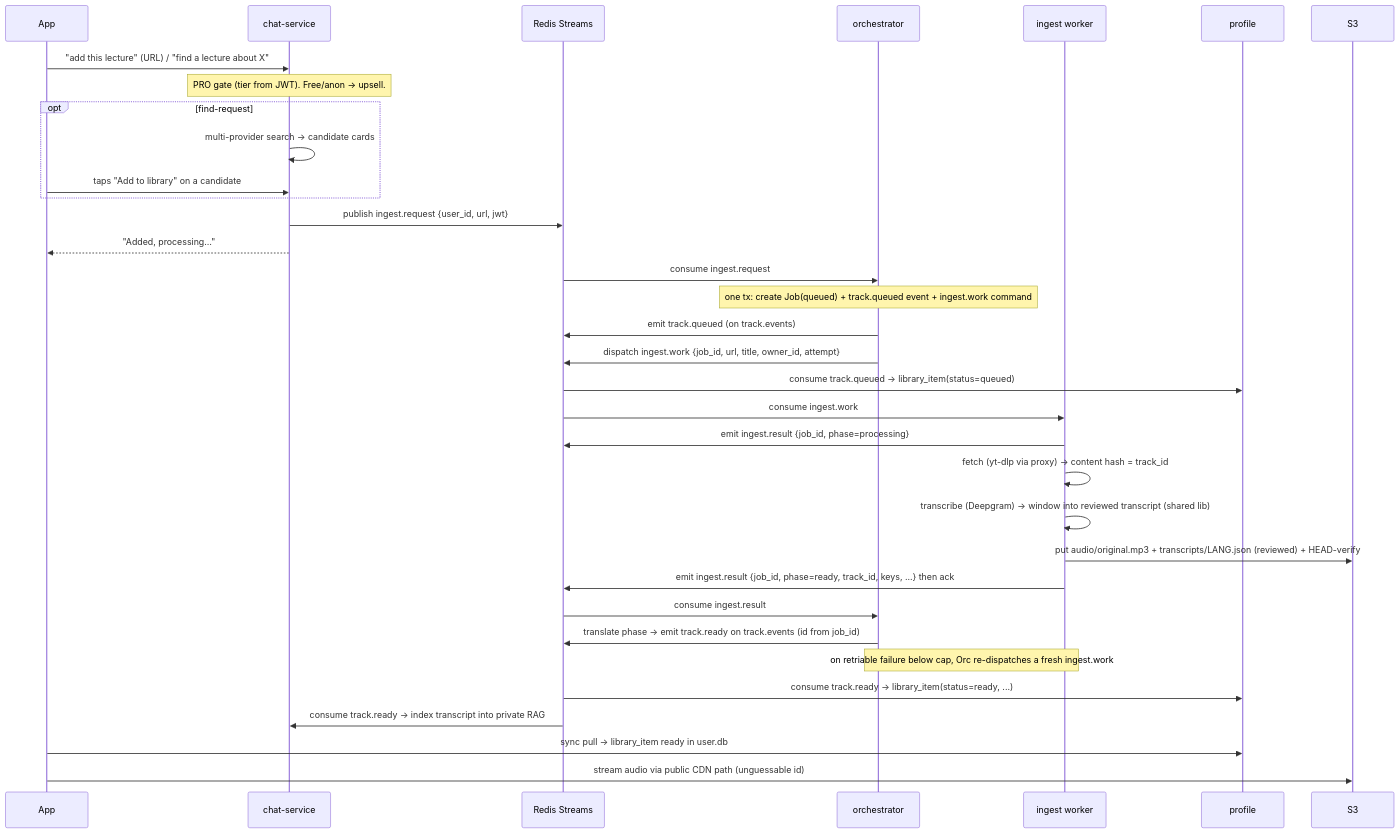
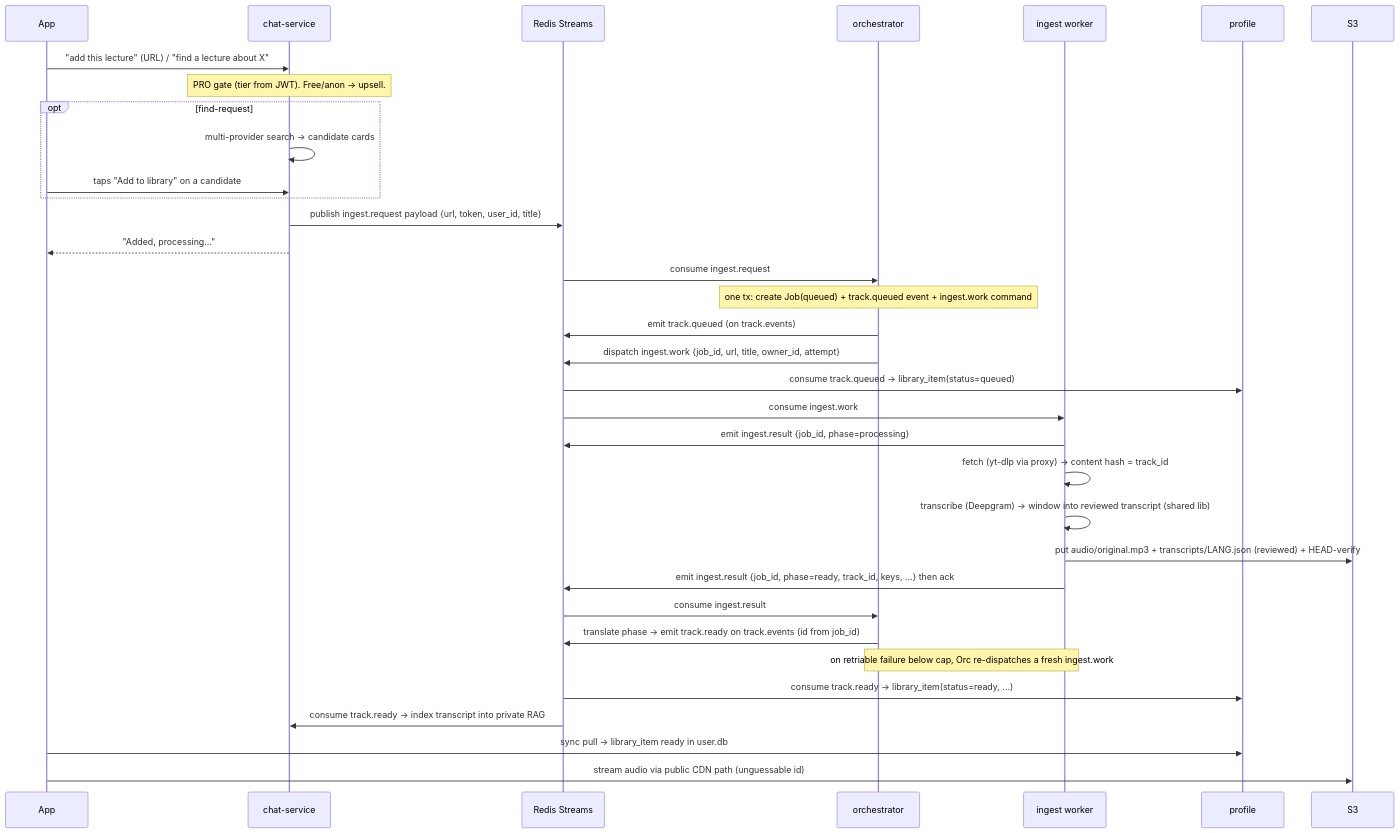
One commit to jiva-studio/shruti changed the second of 3 diagrams in docs/repos/shruti/architecture/personal-library.md. Above: the diagram before and after it, drawn with Mermaid. The commit also changed other lines of this file, not shown here.

First line of the commit message:
docs(personal-library): payload-envelope ingest.request, pluggable storage backend

````diff
--- a/docs/repos/shruti/architecture/personal-library.md
+++ b/docs/repos/shruti/architecture/personal-library.md
@@ -67,37 +67,37 @@
 ```mermaid
 sequenceDiagram
     participant App
     participant Chat as chat-service
     participant EV as Redis Streams
     participant Orc as orchestrator
     participant Ing as ingest worker
     participant Prof as profile
     participant S3
 
     App->>Chat: "add this lecture" (URL) / "find a lecture about X"
     Note over Chat: PRO gate (tier from JWT). Free/anon -> upsell.
     opt find-request
         Chat->>Chat: multi-provider search -> candidate cards
         App->>Chat: taps "Add to library" on a candidate
     end
-    Chat->>EV: publish ingest.request {user_id, url, jwt}
+    Chat->>EV: publish ingest.request payload {url, token, user_id, title}
     Chat-->>App: "Added, processing…"
     EV->>Orc: consume ingest.request
     Note over Orc: one tx: create Job(queued) + track.queued event + ingest.work command
     Orc->>EV: emit track.queued (on track.events)
     Orc->>EV: dispatch ingest.work {job_id, url, title, owner_id, attempt}
     EV->>Prof: consume track.queued -> library_item(status=queued)
     EV->>Ing: consume ingest.work
     Ing->>EV: emit ingest.result {job_id, phase=processing}
     Ing->>Ing: fetch (yt-dlp via proxy) -> content hash = track_id
     Ing->>Ing: transcribe (Deepgram) -> window into reviewed transcript (shared lib)
     Ing->>S3: put audio/original.mp3 + transcripts/LANG.json (reviewed) + HEAD-verify
     Ing->>EV: emit ingest.result {job_id, phase=ready, track_id, keys, ...} then ack
     EV->>Orc: consume ingest.result
     Orc->>EV: translate phase -> emit track.ready on track.events (id from job_id)
     Note over Orc,Ing: on retriable failure below cap, Orc re-dispatches a fresh ingest.work
     EV->>Prof: consume track.ready -> library_item(status=ready, ...)
     EV->>Chat: consume track.ready -> index transcript into private RAG
     App->>Prof: sync pull -> library_item ready in user.db
     App->>S3: stream audio via public CDN path (unguessable id)
 ```
````
